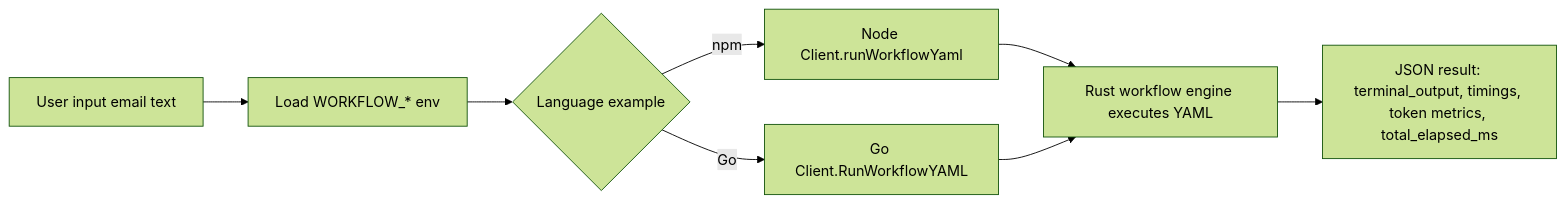
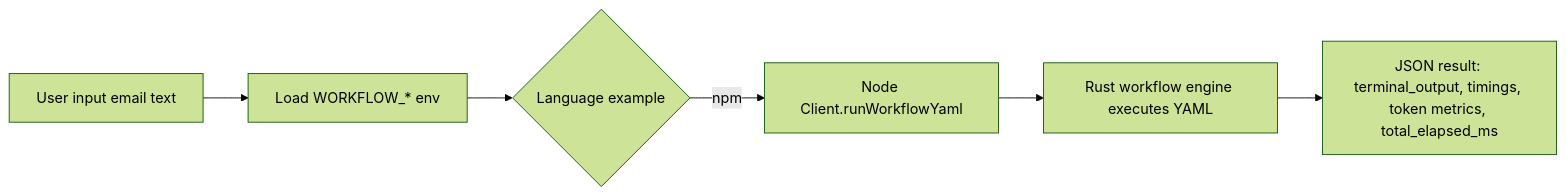
The diagram in examples/workflow_email/README.md (CraftsMan-Labs/SimpleAgents), drawn with Mermaid (forest theme) before and after one commit. The commit also changed other lines of this file and 52 other files, not shown here.

````diff
--- a/examples/workflow_email/README.md
+++ b/examples/workflow_email/README.md
@@ -42,10 +40,8 @@
 ```mermaid
 flowchart LR
     A[User input email text] --> B[Load WORKFLOW_* env]
     B --> C{Language example}
     C -->|npm| D[Node Client.runWorkflowYaml]
-    C -->|Go| E[Go Client.RunWorkflowYAML]
     D --> F[Rust workflow engine executes YAML]
-    E --> F
     F --> G[JSON result: terminal_output, timings, token metrics, total_elapsed_ms]
 ```
````
